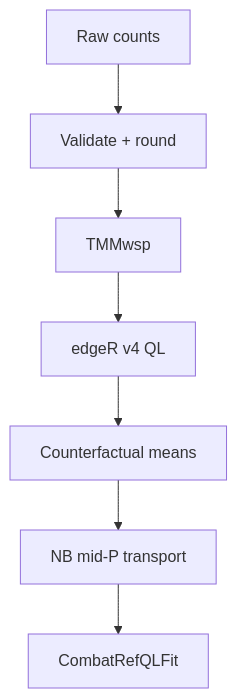
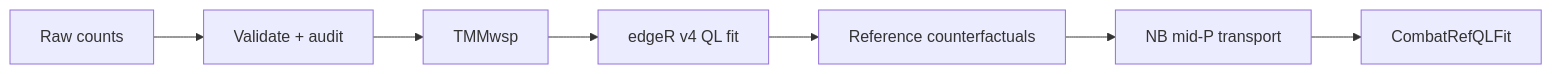
One commit to xiaoyu12/Combat-ref changed the diagram in README.md. Above: the diagram before and after it, drawn with Mermaid. The commit also changed other lines of this file and 9 other files, not shown here.

````diff
--- a/README.md
+++ b/README.md
@@ -57,9 +46,9 @@
 ```mermaid
-flowchart TD
-    A["Raw counts"] --> B["Validate + round"]
+flowchart LR
+    A["Raw counts"] --> B["Validate + audit"]
     B --> C["TMMwsp"]
-    C --> D["edgeR v4 QL"]
-    D --> E["Counterfactual means"]
+    C --> D["edgeR v4 QL fit"]
+    D --> E["Reference counterfactuals"]
     E --> F["NB mid-P transport"]
     F --> G["CombatRefQLFit"]
 ```
````
